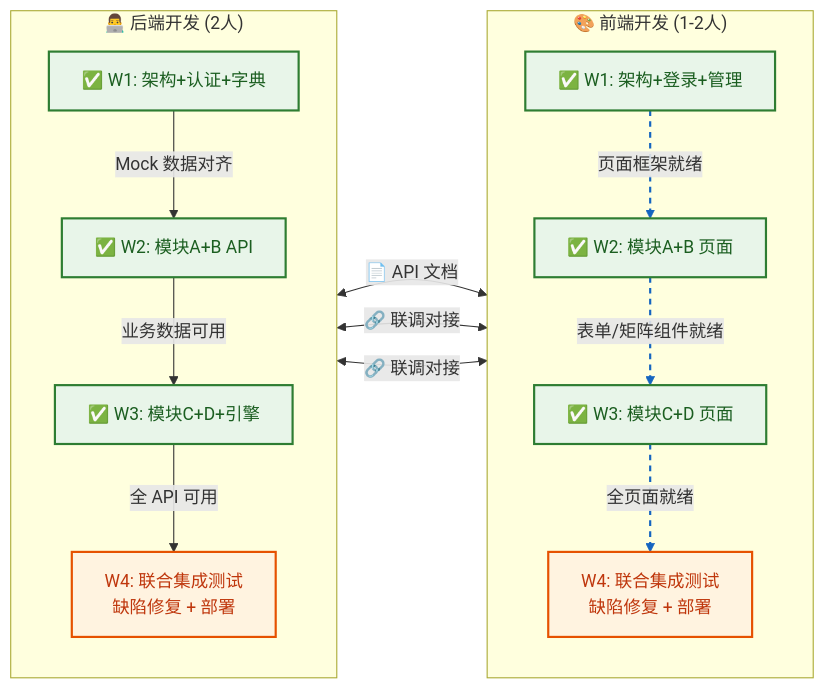
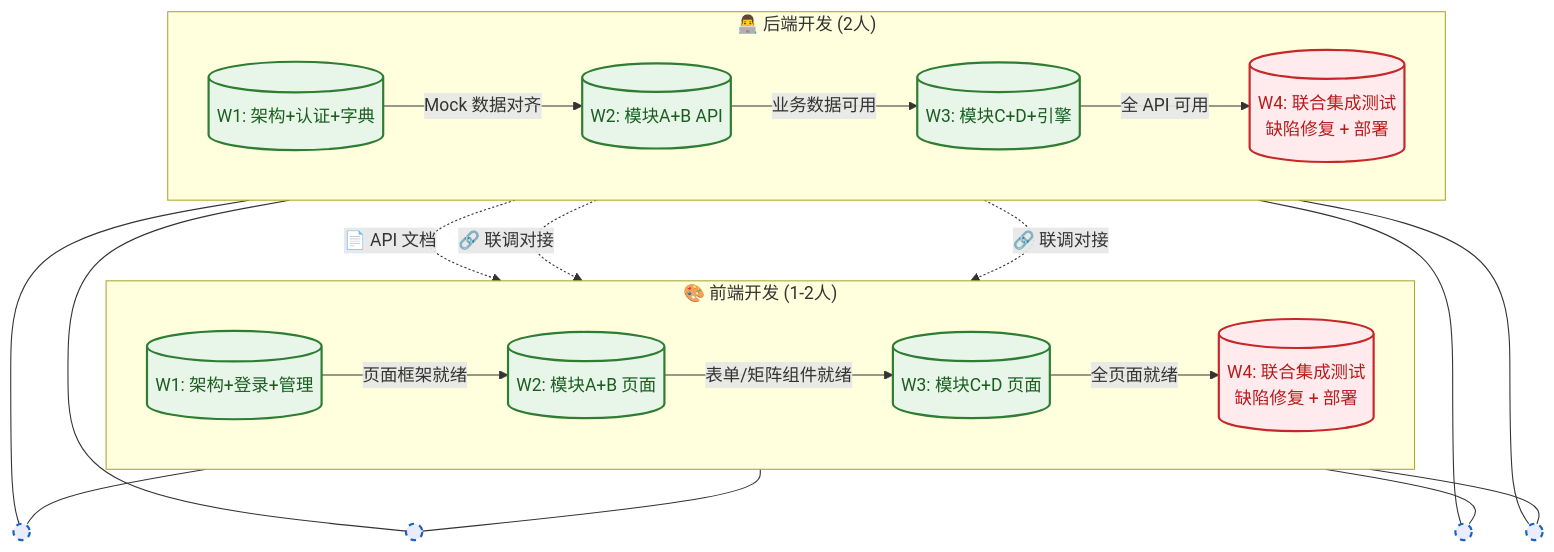
One commit to mouyu654/course_oss changed the third of 5 diagrams in docs/系统架构设计.md. Above: the diagram before and after it, drawn with Mermaid.

Commit message:
更新了并行开发策略图
修复无法直观体现“并行开发+周次同步”的核心逻辑

````diff
--- a/docs/系统架构设计.md
+++ b/docs/系统架构设计.md
@@ -1091,43 +1091,60 @@
 ```mermaid
-flowchart LR
-    subgraph Backend["👨‍💻 后端开发 (2人)"]
-        direction TB
-        W1B["✅ W1: 架构+认证+字典"]
-        W2B["✅ W2: 模块A+B API"]
-        W3B["✅ W3: 模块C+D+引擎"]
-        W4B["W4: 联合集成测试<br/>缺陷修复 + 部署"]
-        
-        W1B -->|Mock 数据对齐| W2B
-        W2B -->|业务数据可用| W3B
-        W3B -->|全 API 可用| W4B
+flowchart TB
+    %% ===== 定义全局样式 =====
+    classDef week fill:#e8f5e9,stroke:#2e7d32,stroke-width:2px,color:#1b5e20,rx:6,ry:6
+    classDef api fill:#fff8e1,stroke:#fb8c00,stroke-width:2px,color:#e65100
+    classDef test fill:#ffebee,stroke:#c62828,stroke-width:2px,color:#b71c1c
+    classDef link stroke:#1565c0,stroke-width:2px,stroke-dasharray: 5 5
+
+    %% ===== 前端泳道（固定列宽，用空节点占位对齐）=====
+    subgraph Frontend["🎨 前端开发 (1-2人)"]
+        direction LR
+        F_W1[("W1: 架构+登录+管理")]:::week
+        F_W2[("W2: 模块A+B 页面")]:::week
+        F_W3[("W3: 模块C+D 页面")]:::week
+        F_W4[("W4: 联合集成测试<br/>缺陷修复 + 部署")]:::test
     end
 
-    subgraph Frontend["🎨 前端开发 (1-2人)"]
-        direction TB
-        W1F["✅ W1: 架构+登录+管理"]
-        W2F["✅ W2: 模块A+B 页面"]
-        W3F["✅ W3: 模块C+D 页面"]
-        W4F["W4: 联合集成测试<br/>缺陷修复 + 部署"]
-        
-        W1F -->|页面框架就绪| W2F
-        W2F -->|表单/矩阵组件就绪| W3F
-        W3F -->|全页面就绪| W4F
+    %% ===== 后端泳道（与前端严格对齐）=====
+    subgraph Backend["👨‍💻 后端开发 (2人)"]
+        direction LR
+        B_W1[("W1: 架构+认证+字典")]:::week
+        B_W2[("W2: 模块A+B API")]:::week
+        B_W3[("W3: 模块C+D+引擎")]:::week
+        B_W4[("W4: 联合集成测试<br/>缺陷修复 + 部署")]:::test
     end
 
-    %% 前后端跨泳道协作连线
-    W1B <-->|📄 API 文档| W1F
-    W2B <-->|🔗 联调对接| W2F
-    W3B <-->|🔗 联调对接| W3F
-    
-    %% W4 合并为统一阶段（视觉上连接两个泳道的底部）
-    W4B ~~~ W4F
+    %% ===== 强制垂直对齐：添加不可见锚点节点 =====
+    %% 这是关键！通过空节点 + invisible 边实现物理对齐
+    anchor1(( )):::link
+    anchor2(( )):::link
+    anchor3(( )):::link
+    anchor4(( )):::link
 
-    %% 样式美化
-    classDef done fill:#e8f5e9,stroke:#2e7d32,stroke-width:2px,color:#1b5e20
-    classDef pending fill:#fff3e0,stroke:#e65100,stroke-width:2px,color:#bf360c
-    classDef collab stroke-dasharray: 5 5,stroke:#1565c0,stroke-width:2px
-    
-    class W1B,W2B,W3B,W1F,W2F,W3F done
-    class W4B,W4F pending
-    linkStyle 3,4,5 stroke:#1565c0,stroke-width:2px,stroke-dasharray: 5 5
+    B_W1 --- anchor1
+    F_W1 --- anchor1
+    B_W2 --- anchor2
+    F_W2 --- anchor2
+    B_W3 --- anchor3
+    F_W3 --- anchor3
+    B_W4 --- anchor4
+    F_W4 --- anchor4
+
+    %% ===== 协作连线（跨泳道）=====
+    B_W1 -.->|📄 API 文档| F_W1
+    B_W2 -.->|🔗 联调对接| F_W2
+    B_W3 -.->|🔗 联调对接| F_W3
+    B_W4 ~~~ F_W4
+
+    %% ===== 内部流程（可选，增强可读性）=====
+    B_W1 -->|Mock 数据对齐| B_W2
+    B_W2 -->|业务数据可用| B_W3
+    B_W3 -->|全 API 可用| B_W4
+
+    F_W1 -->|页面框架就绪| F_W2
+    F_W2 -->|表单/矩阵组件就绪| F_W3
+    F_W3 -->|全页面就绪| F_W4
+
+    %% 隐藏锚点节点（仅用于布局）
+    class anchor1,anchor2,anchor3,anchor4 invisible
 ```
````
